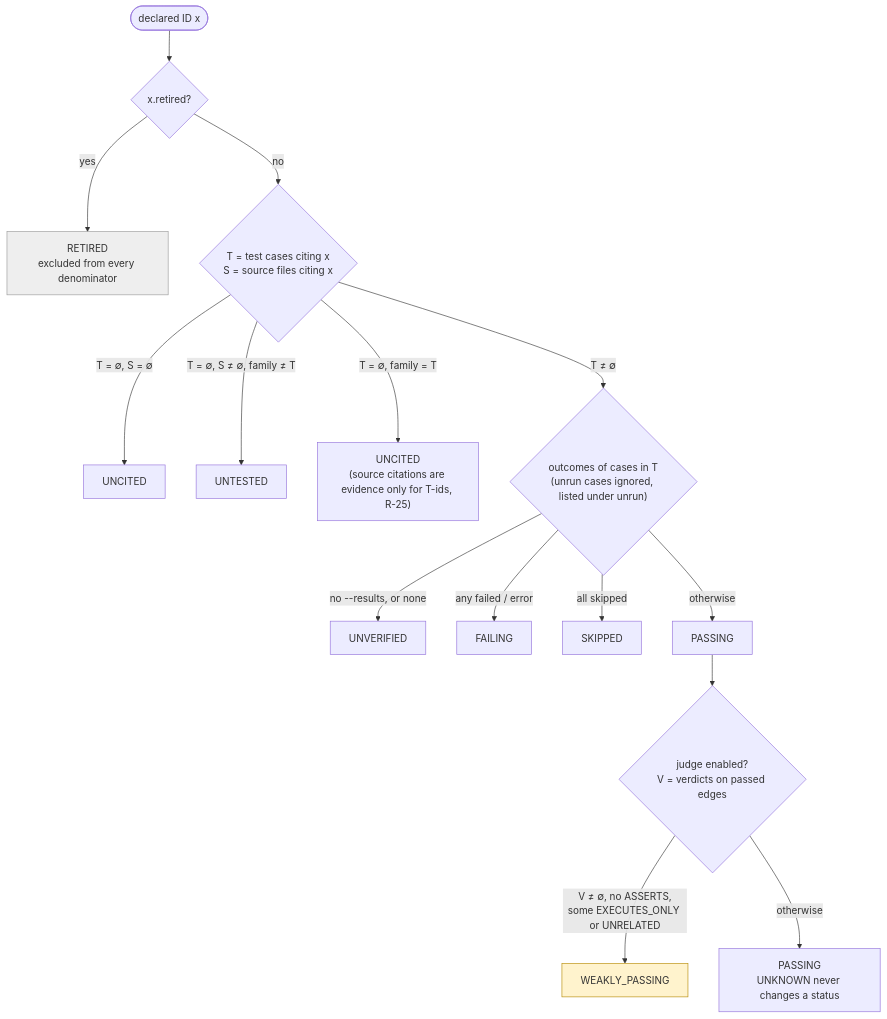
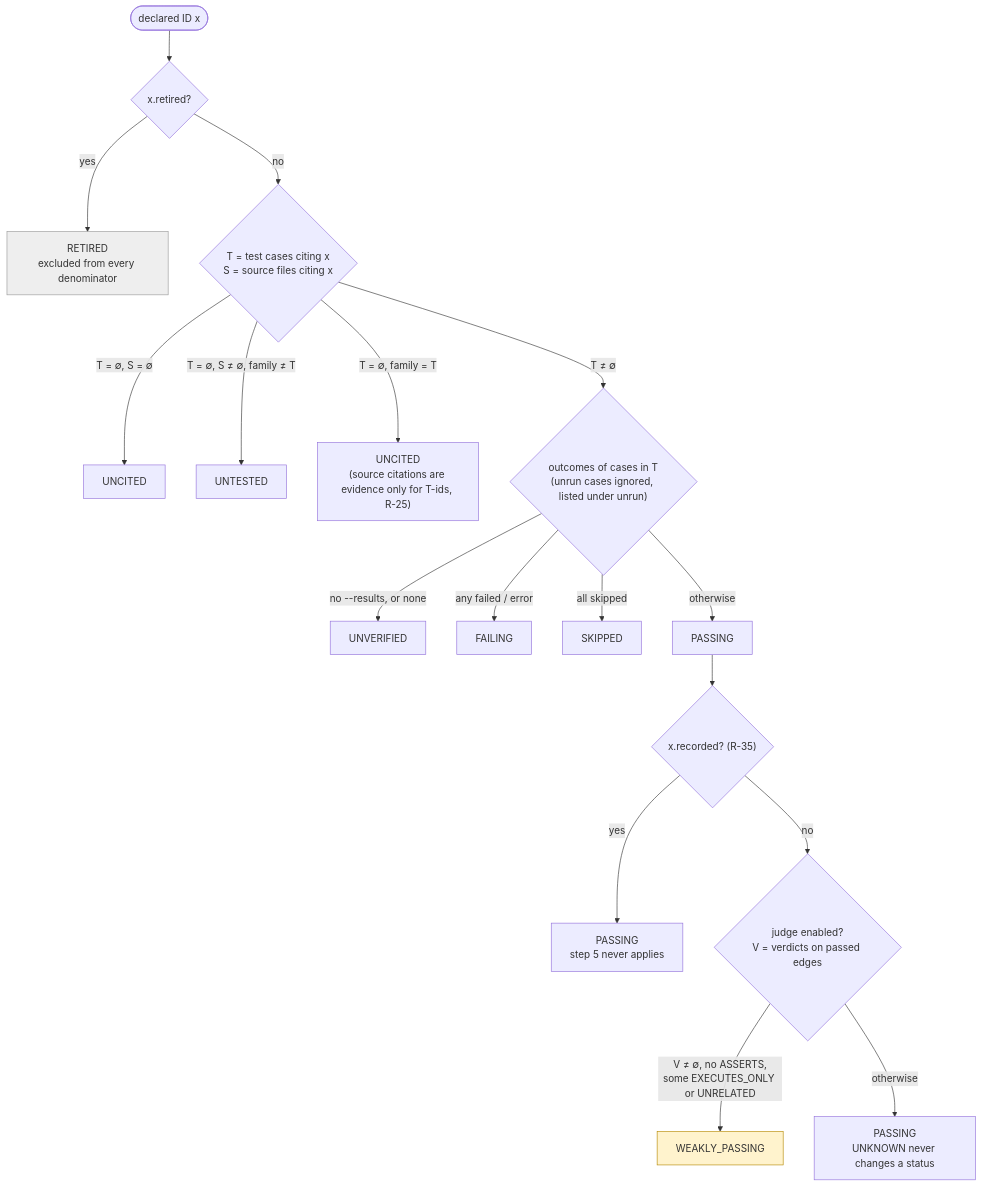
One commit to rioffe/speccheck changed the eighth of 12 diagrams in ARCHITECTURE.md. Above: the diagram before and after it, drawn with Mermaid. The commit also changed other lines of this file and 3 other files, not shown here.

First line of the commit message:
docs(architecture): rewrite ARCHITECTURE.md to the v1.18 build, and fix two defects the render showed (F-5)

````diff
--- a/ARCHITECTURE.md
+++ b/ARCHITECTURE.md
@@ -385,19 +535,21 @@
 ```mermaid
 flowchart TD
     S([declared ID x]) --> r{x.retired?}
     r -->|yes| RET[RETIRED<br/>excluded from every denominator]
     r -->|no| T{"T = test cases citing x<br/>S = source files citing x"}
     T -->|"T = ∅, S = ∅"| UNC[UNCITED]
     T -->|"T = ∅, S ≠ ∅, family ≠ T"| UNT[UNTESTED]
     T -->|"T = ∅, family = T"| UNC2["UNCITED<br/>(source citations are evidence only for T-ids, R-25)"]
     T -->|"T ≠ ∅"| O{"outcomes of cases in T<br/>(unrun cases ignored, listed under unrun)"}
     O -->|"no --results, or none"| UNV[UNVERIFIED]
     O -->|"any failed / error"| FAIL[FAILING]
     O -->|"all skipped"| SKIP[SKIPPED]
     O -->|otherwise| PASS[PASSING]
-    PASS --> j{"judge enabled?<br/>V = verdicts on passed edges"}
+    PASS --> rec{"x.recorded? (R-35)"}
+    rec -->|yes| PASS2["PASSING<br/>step 5 never applies"]
+    rec -->|no| j{"judge enabled?<br/>V = verdicts on passed edges"}
     j -->|"V ≠ ∅, no ASSERTS,<br/>some EXECUTES_ONLY or UNRELATED"| WEAK[WEAKLY_PASSING]
-    j -->|otherwise| PASS2[PASSING<br/>UNKNOWN never changes a status]
+    j -->|otherwise| PASS3[PASSING<br/>UNKNOWN never changes a status]
     style WEAK fill:#fff3cd,stroke:#b58900
     style RET fill:#eee,stroke:#999
 ```
````
